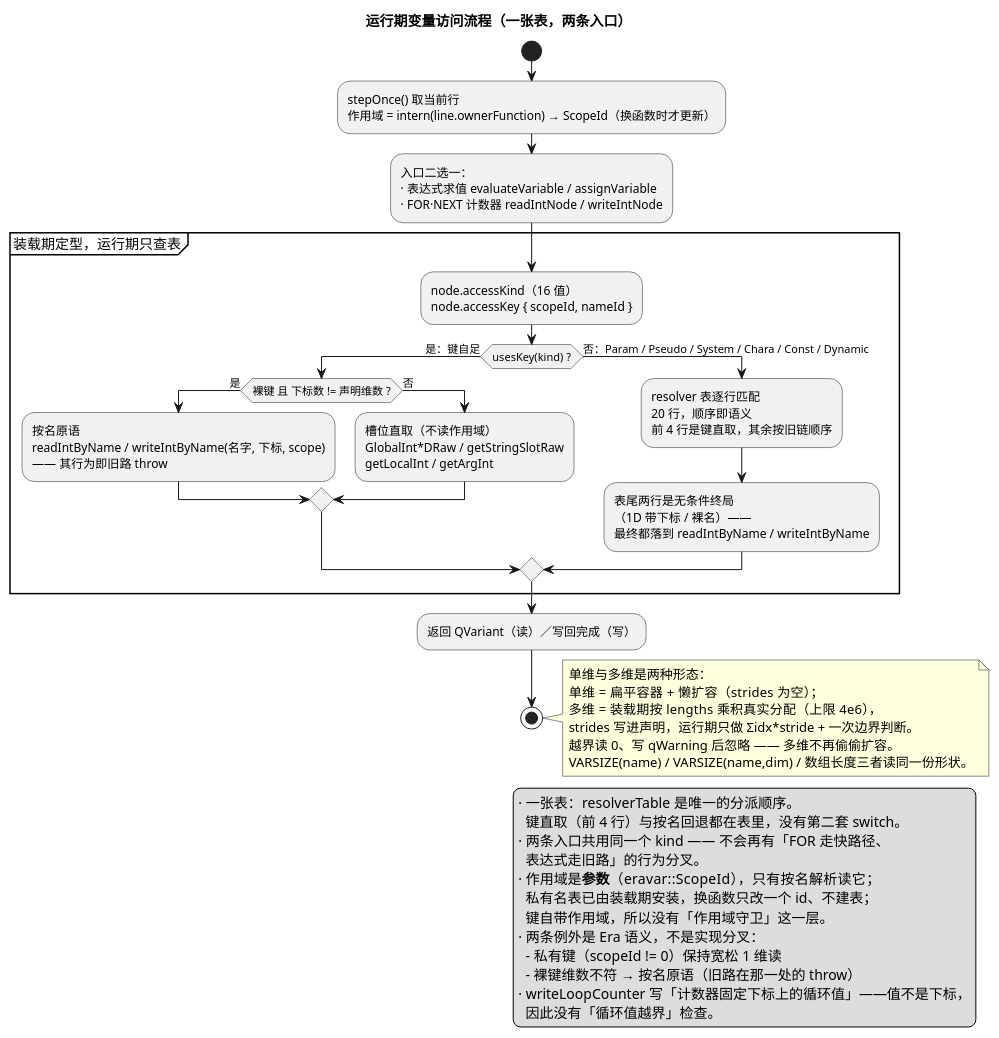
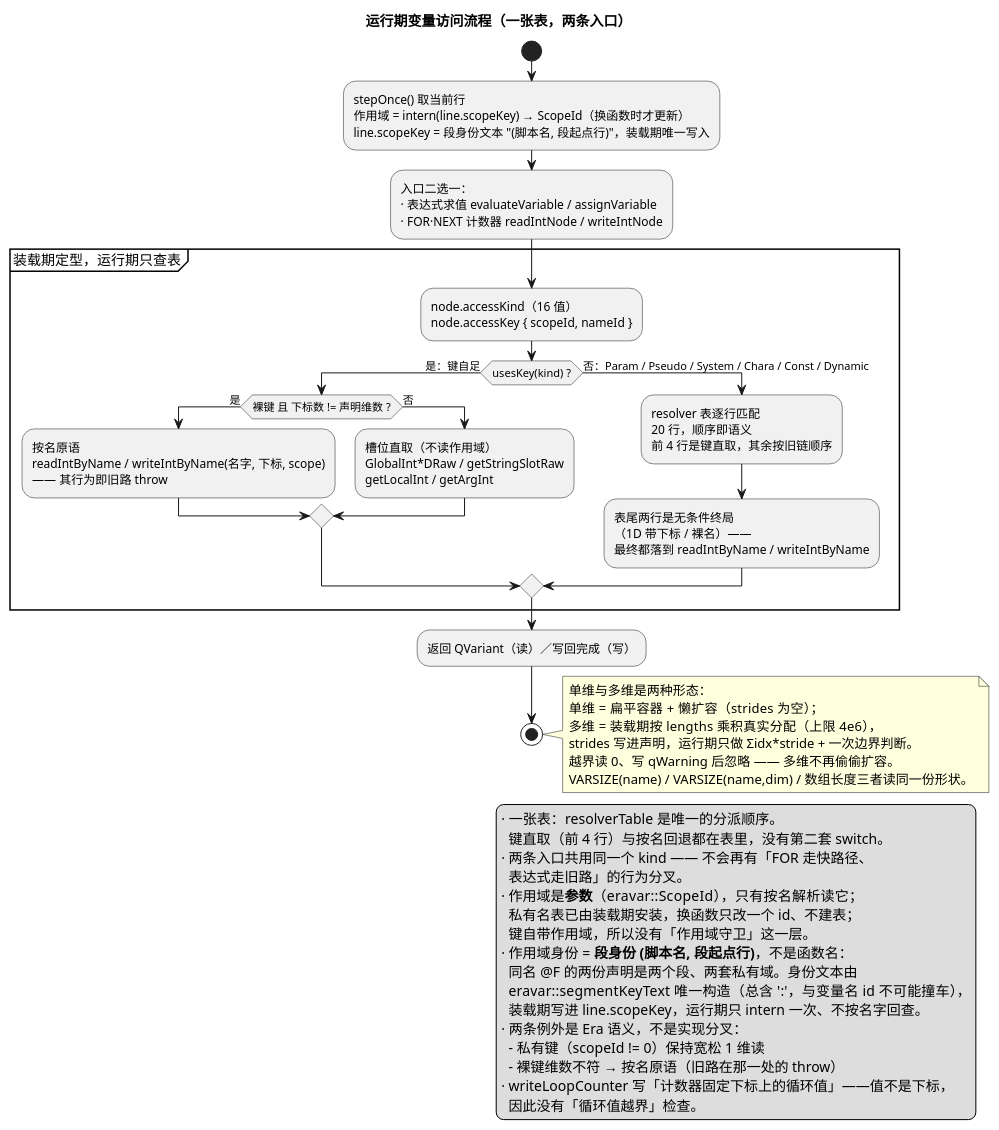
One commit to yigekuyou/qt-eraemu changed the diagram in docs/uml/05-variable-access.puml. Above: the diagram before and after it, drawn with PlantUML. The commit also changed 42 other files, not shown here.

```diff
--- a/docs/uml/05-variable-access.puml
+++ b/docs/uml/05-variable-access.puml
@@ -1,64 +1,69 @@
 @startuml 05-variable-access
 ' 无 graphviz(dot) 时用 PlantUML 内置 smetana 布局引擎
 !pragma layout smetana
 ' 竖直排列 if/elseif，避免横向漂移（旧版本忽略此行也能渲染）
 !pragma useVerticalIf on
 ' emuera —— 运行期变量访问：两条入口 → 一张表 → 唯一按名原语
 ' 渲染：plantuml -tpng docs/uml/05-variable-access.puml
 title 运行期变量访问流程（一张表，两条入口）
 
 start
 :stepOnce() 取当前行
-作用域 = intern(line.ownerFunction) → ScopeId（换函数时才更新）;
+作用域 = intern(line.scopeKey) → ScopeId（换函数时才更新）
+line.scopeKey = 段身份文本 "(脚本名, 段起点行)"，装载期唯一写入;
 :入口二选一：
 · 表达式求值 evaluateVariable / assignVariable
 · FOR·NEXT 计数器 readIntNode / writeIntNode;
 
 partition "装载期定型，运行期只查表" {
   :node.accessKind（16 值）
   node.accessKey { scopeId, nameId };
   if (usesKey(kind) ?) then (是：键自足)
     if (裸键 且 下标数 != 声明维数 ?) then (是)
       :按名原语
       readIntByName / writeIntByName(名字, 下标, scope)
       —— 其行为即旧路 throw;
     else (否)
       :槽位直取（不读作用域）
       GlobalInt*DRaw / getStringSlotRaw
       getLocalInt / getArgInt;
     endif
   else (否：Param / Pseudo / System / Chara / Const / Dynamic)
     :resolver 表逐行匹配
     20 行，顺序即语义
     前 4 行是键直取，其余按旧链顺序;
     :表尾两行是无条件终局
     （1D 带下标 / 裸名）——
     最终都落到 readIntByName / writeIntByName;
   endif
 }
 :返回 QVariant（读）／写回完成（写）;
 stop
 
 legend right
   · 一张表：resolverTable 是唯一的分派顺序。
     键直取（前 4 行）与按名回退都在表里，没有第二套 switch。
   · 两条入口共用同一个 kind —— 不会再有「FOR 走快路径、
     表达式走旧路」的行为分叉。
   · 作用域是**参数**（eravar::ScopeId），只有按名解析读它；
     私有名表已由装载期安装，换函数只改一个 id、不建表；
     键自带作用域，所以没有「作用域守卫」这一层。
+  · 作用域身份 = **段身份 (脚本名, 段起点行)**，不是函数名：
+    同名 @F 的两份声明是两个段、两套私有域。身份文本由
+    eravar::segmentKeyText 唯一构造（总含 ':'，与变量名 id 不可能撞车），
+    装载期写进 line.scopeKey，运行期只 intern 一次、不按名字回查。
   · 两条例外是 Era 语义，不是实现分叉：
     - 私有键（scopeId != 0）保持宽松 1 维读
     - 裸键维数不符 → 按名原语（旧路在那一处的 throw）
   · writeLoopCounter 写「计数器固定下标上的循环值」——值不是下标，
     因此没有「循环值越界」检查。
 endlegend
 note right
   单维与多维是两种形态：
   单维 = 扁平容器 + 懒扩容（strides 为空）；
   多维 = 装载期按 lengths 乘积真实分配（上限 4e6），
   strides 写进声明，运行期只做 Σidx*stride + 一次边界判断。
   越界读 0、写 qWarning 后忽略 —— 多维不再偷偷扩容。
   VARSIZE(name) / VARSIZE(name,dim) / 数组长度三者读同一份形状。
 end note
 @enduml
```
